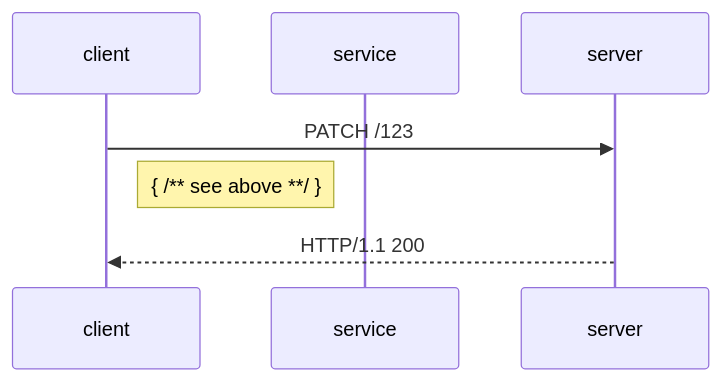
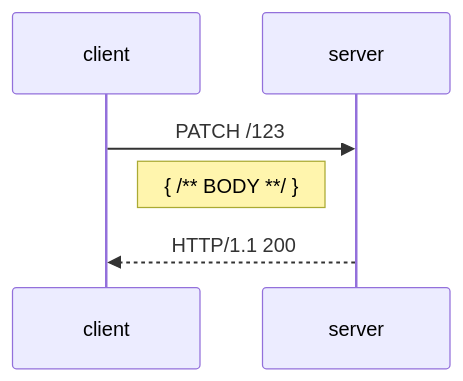
One commit to annelo-msft/gists changed the diagram in patch-models/samples.md. Above: the diagram before and after it, drawn with Mermaid.

````diff
--- a/patch-models/samples.md
+++ b/patch-models/samples.md
@@ -73,8 +73,6 @@
 ```mermaid
 sequenceDiagram
-    participant client
-    participant service
     client->>server: PATCH /123
-    Note right of client: { /** see above **/ }
+    Note right of client: { /** BODY **/ }
     server-->>client: HTTP/1.1 200
 ```
````
